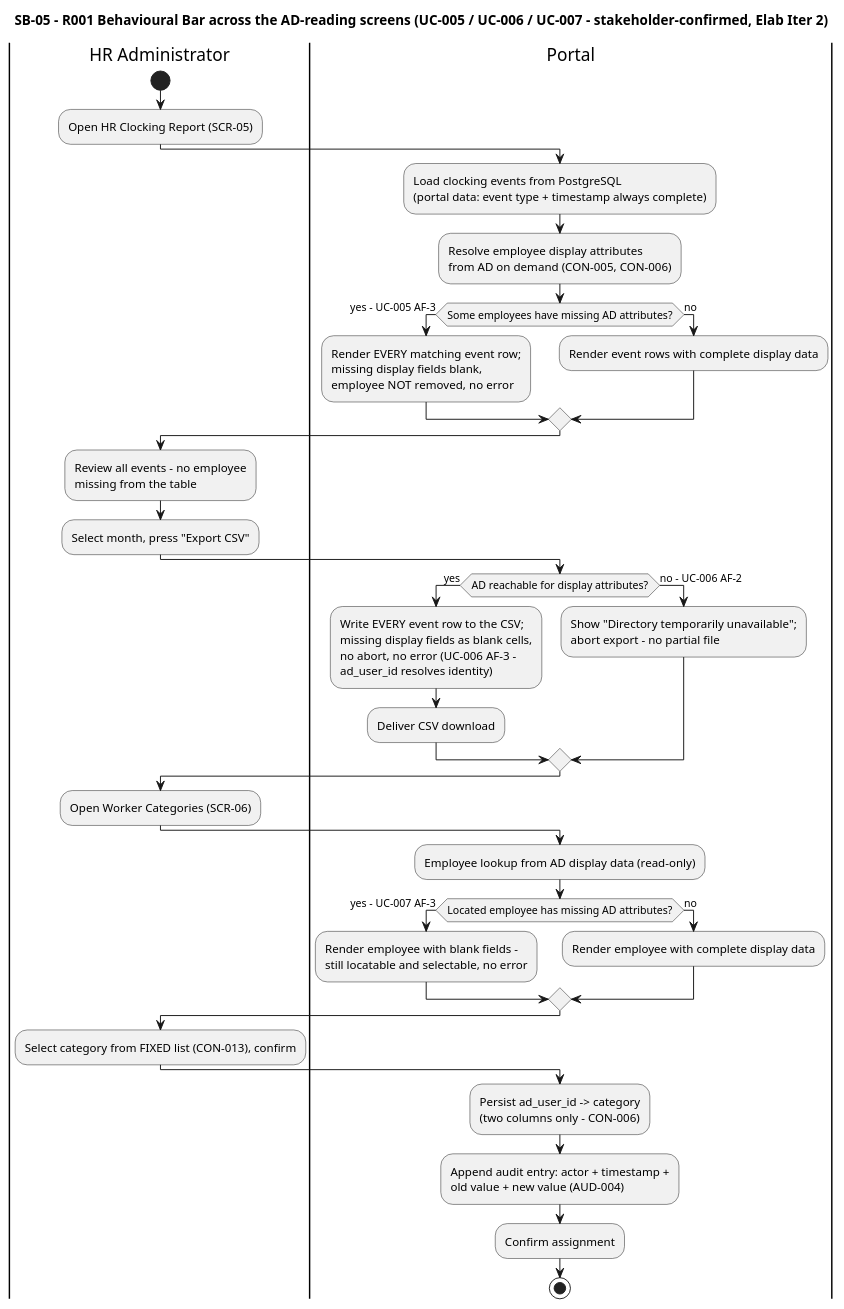
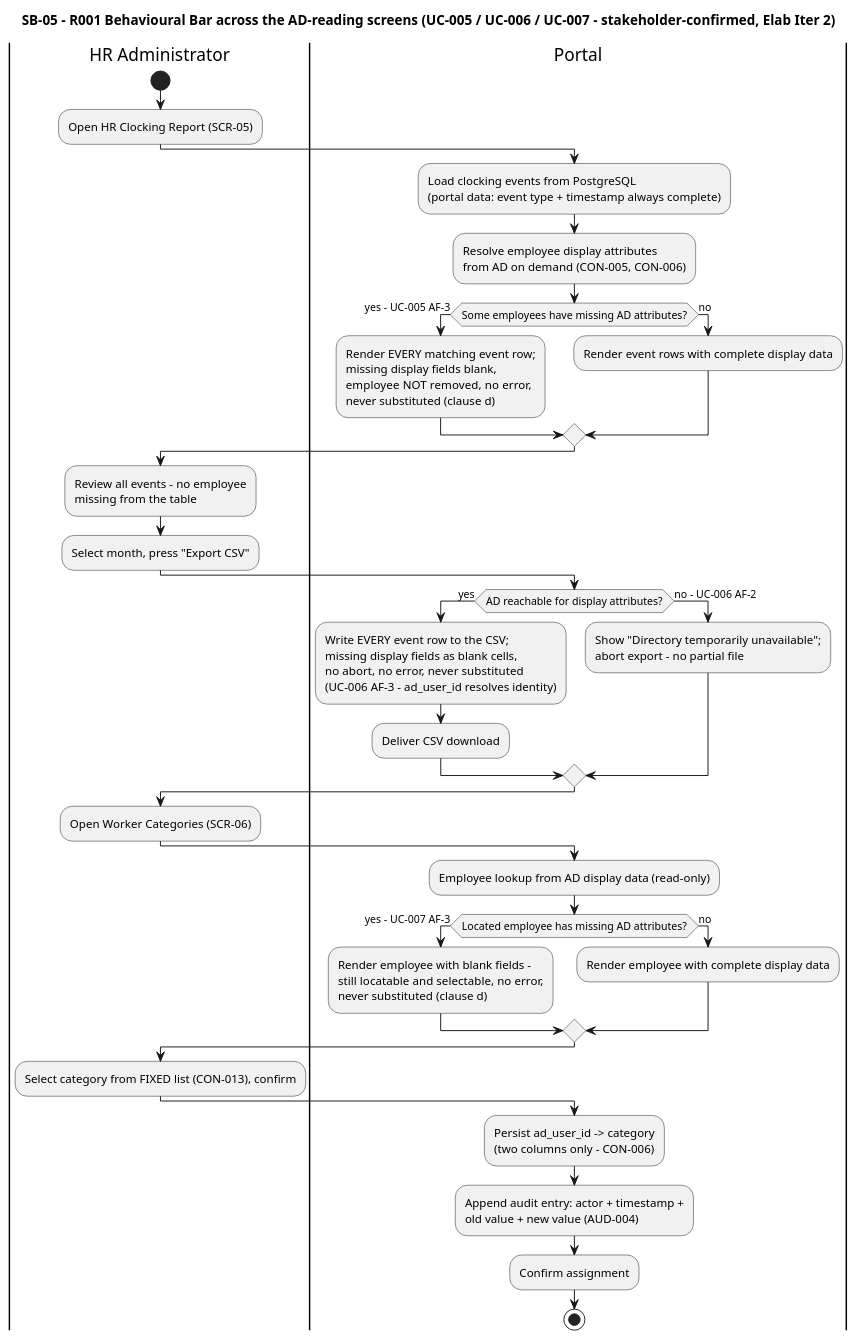
Before and after one commit to banense-test/employee-portal: diagram 16 of 16 in docs/artifacts/requirements/use-case-model.md, drawn with PlantUML. The commit also changed other lines of this file, not shown here.

````diff
--- a/docs/artifacts/requirements/use-case-model.md
+++ b/docs/artifacts/requirements/use-case-model.md
@@ -922,42 +924,42 @@
 ```plantuml
 @startuml
 title SB-05 - R001 Behavioural Bar across the AD-reading screens (UC-005 / UC-006 / UC-007 - stakeholder-confirmed, Elab Iter 2)
 |HR Administrator|
 start
 :Open HR Clocking Report (SCR-05);
 |Portal|
 :Load clocking events from PostgreSQL\n(portal data: event type + timestamp always complete);
 :Resolve employee display attributes\nfrom AD on demand (CON-005, CON-006);
 if (Some employees have missing AD attributes?) then (yes - UC-005 AF-3)
-  :Render EVERY matching event row;\nmissing display fields blank,\nemployee NOT removed, no error;
+  :Render EVERY matching event row;\nmissing display fields blank,\nemployee NOT removed, no error,\nnever substituted (clause d);
 else (no)
   :Render event rows with complete display data;
 endif
 |HR Administrator|
 :Review all events - no employee\nmissing from the table;
 :Select month, press "Export CSV";
 |Portal|
 if (AD reachable for display attributes?) then (yes)
-  :Write EVERY event row to the CSV;\nmissing display fields as blank cells,\nno abort, no error (UC-006 AF-3 -\nad_user_id resolves identity);
+  :Write EVERY event row to the CSV;\nmissing display fields as blank cells,\nno abort, no error, never substituted\n(UC-006 AF-3 - ad_user_id resolves identity);
   :Deliver CSV download;
 else (no - UC-006 AF-2)
   :Show "Directory temporarily unavailable";\nabort export - no partial file;
 endif
 |HR Administrator|
 :Open Worker Categories (SCR-06);
 |Portal|
 :Employee lookup from AD display data (read-only);
 if (Located employee has missing AD attributes?) then (yes - UC-007 AF-3)
-  :Render employee with blank fields -\nstill locatable and selectable, no error;
+  :Render employee with blank fields -\nstill locatable and selectable, no error,\nnever substituted (clause d);
 else (no)
   :Render employee with complete display data;
 endif
 |HR Administrator|
 :Select category from FIXED list (CON-013), confirm;
 |Portal|
 :Persist ad_user_id -> category\n(two columns only - CON-006);
 :Append audit entry: actor + timestamp +\nold value + new value (AUD-004);
 :Confirm assignment;
 stop
 @enduml
 ```
````
